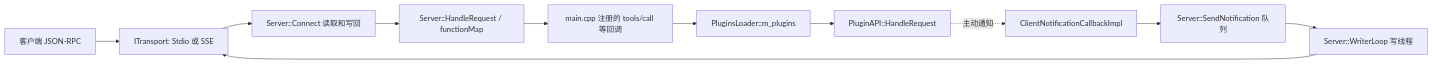
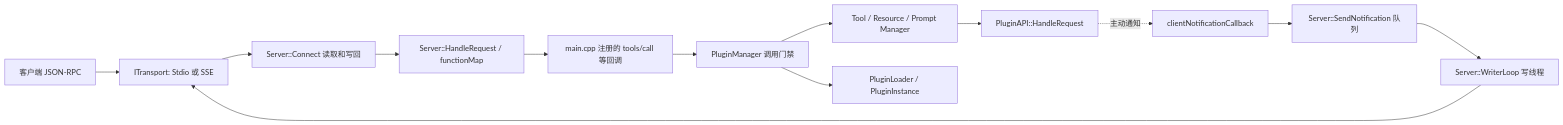
Before and after one commit to akldc/mcp: the diagram in 00docs/server-learning-guide.md, drawn with Mermaid. The commit also changed other lines of this file and 35 other files, not shown here.

````diff
--- a/00docs/server-learning-guide.md
+++ b/00docs/server-learning-guide.md
@@ -7,13 +7,15 @@
 ```mermaid
 flowchart LR
     C[客户端 JSON-RPC] --> T[ITransport: Stdio 或 SSE]
     T --> S[Server::Connect 读取和写回]
     S --> D[Server::HandleRequest / functionMap]
     D --> H[main.cpp 注册的 tools/call 等回调]
-    H --> L[PluginsLoader::m_plugins]
-    L --> P[PluginAPI::HandleRequest]
-    P -. 主动通知 .-> N[ClientNotificationCallbackImpl]
+    H --> M[PluginManager 调用门禁]
+    M --> R[Tool / Resource / Prompt Manager]
+    R --> P[PluginAPI::HandleRequest]
+    M --> L[PluginLoader / PluginInstance]
+    P -. 主动通知 .-> N[clientNotificationCallback]
     N --> Q[Server::SendNotification 队列]
     Q --> W[Server::WriterLoop 写线程]
     W --> T
 ```
````
